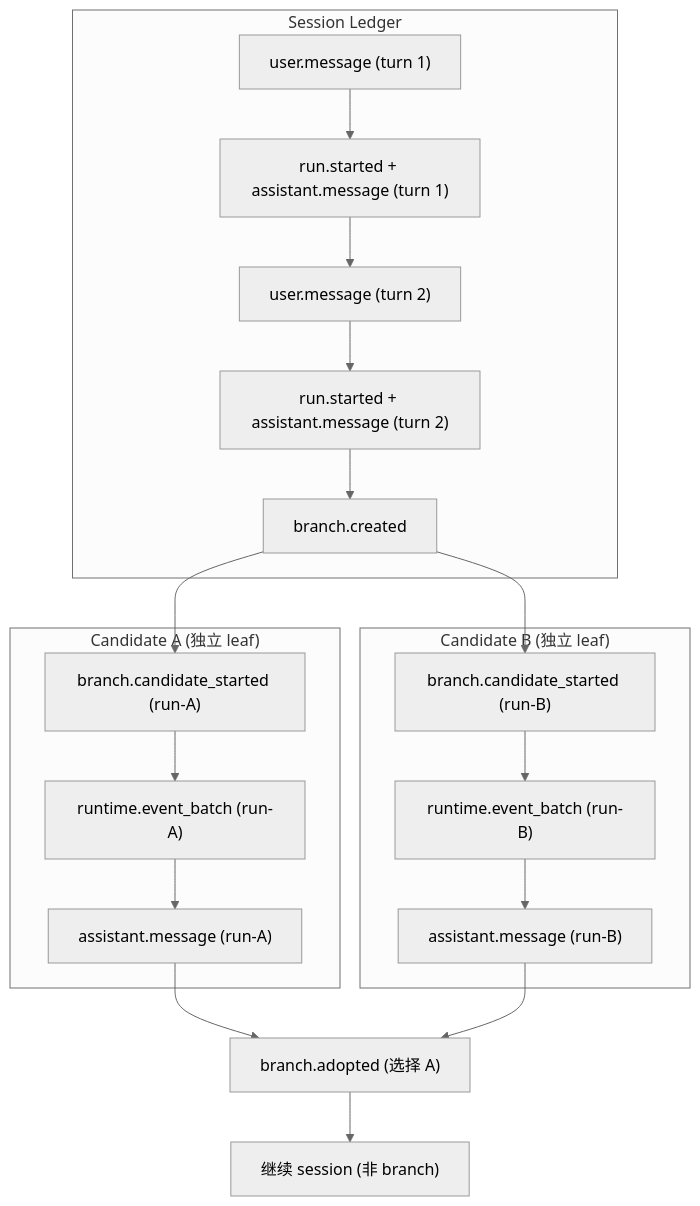
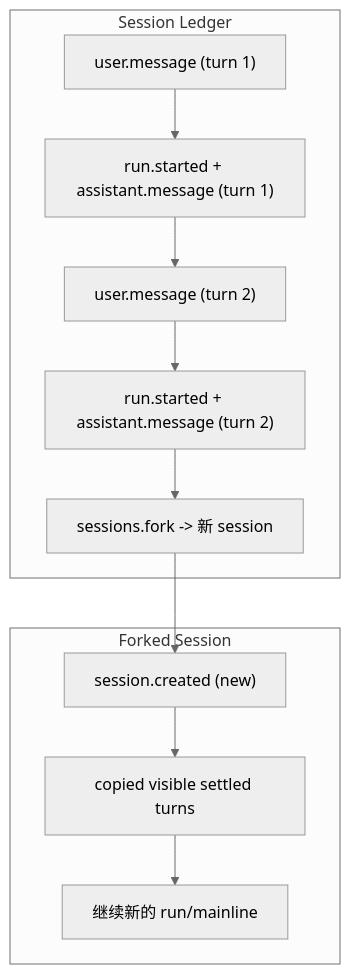
Before and after one commit to cemeworm/Ora: the fifth of 8 diagrams in docs/ora-ledger-model.md, drawn with Mermaid (neutral theme). The commit also changed other lines of this file and 5 other files, not shown here.

First line of the commit message:
docs: update plan contract, session fork, channel binding, and ledger model

````diff
--- a/docs/ora-ledger-model.md
+++ b/docs/ora-ledger-model.md
@@ -511,25 +512,15 @@
 ```mermaid
 flowchart TD
     subgraph "Session Ledger"
         M1["user.message (turn 1)"] --> M2["run.started + assistant.message (turn 1)"]
         M2 --> M3["user.message (turn 2)"]
         M3 --> M4["run.started + assistant.message (turn 2)"]
-        M4 --> BC["branch.created"]
+        M4 --> FORK["sessions.fork -> 新 session"]
     end
 
-    subgraph "Candidate A (独立 leaf)"
-        BC --> CA1["branch.candidate_started (run-A)"]
-        CA1 --> CA2["runtime.event_batch (run-A)"]
-        CA2 --> CA3["assistant.message (run-A)"]
+    subgraph "Forked Session"
+        FORK --> FS1["session.created (new)"]
+        FS1 --> FS2["copied visible settled turns"]
+        FS2 --> FS3["继续新的 run/mainline"]
     end
-
-    subgraph "Candidate B (独立 leaf)"
-        BC --> CB1["branch.candidate_started (run-B)"]
-        CB1 --> CB2["runtime.event_batch (run-B)"]
-        CB2 --> CB3["assistant.message (run-B)"]
-    end
-
-    CA3 --> ADOPT["branch.adopted (选择 A)"]
-    CB3 --> ADOPT
-    ADOPT --> NEXT["继续 session (非 branch)"]
 ```
````
